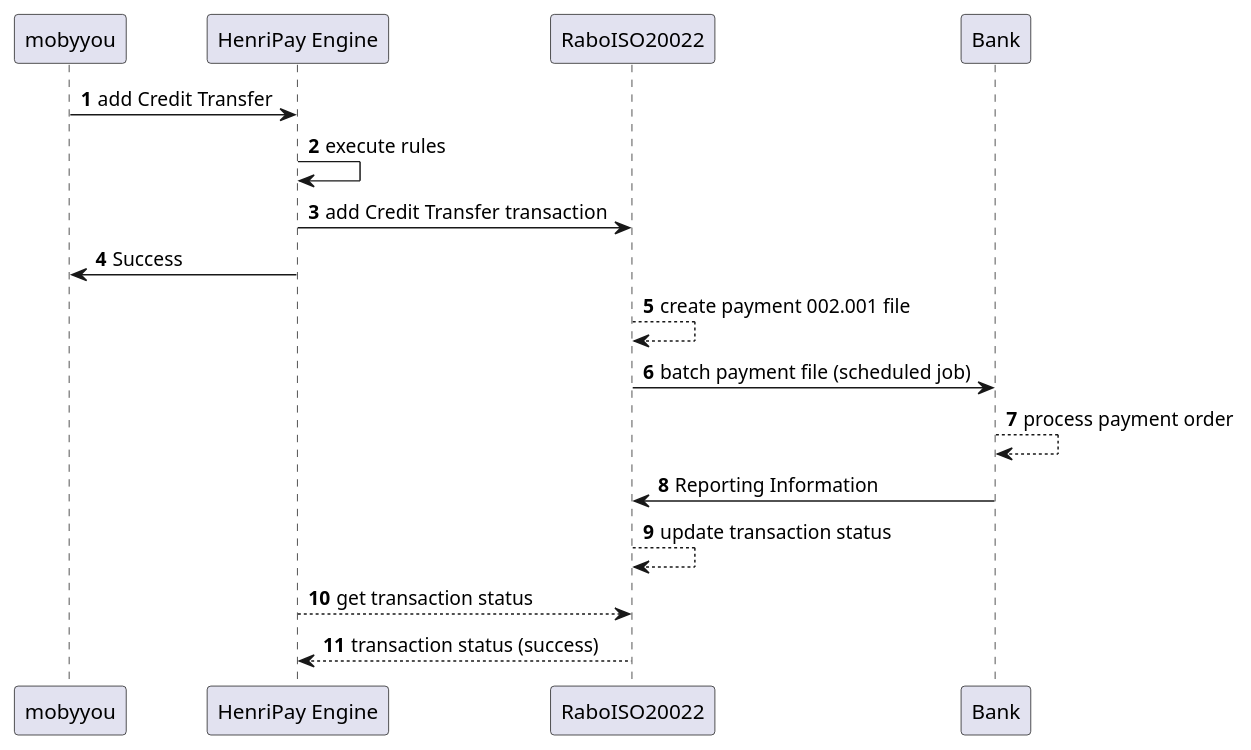
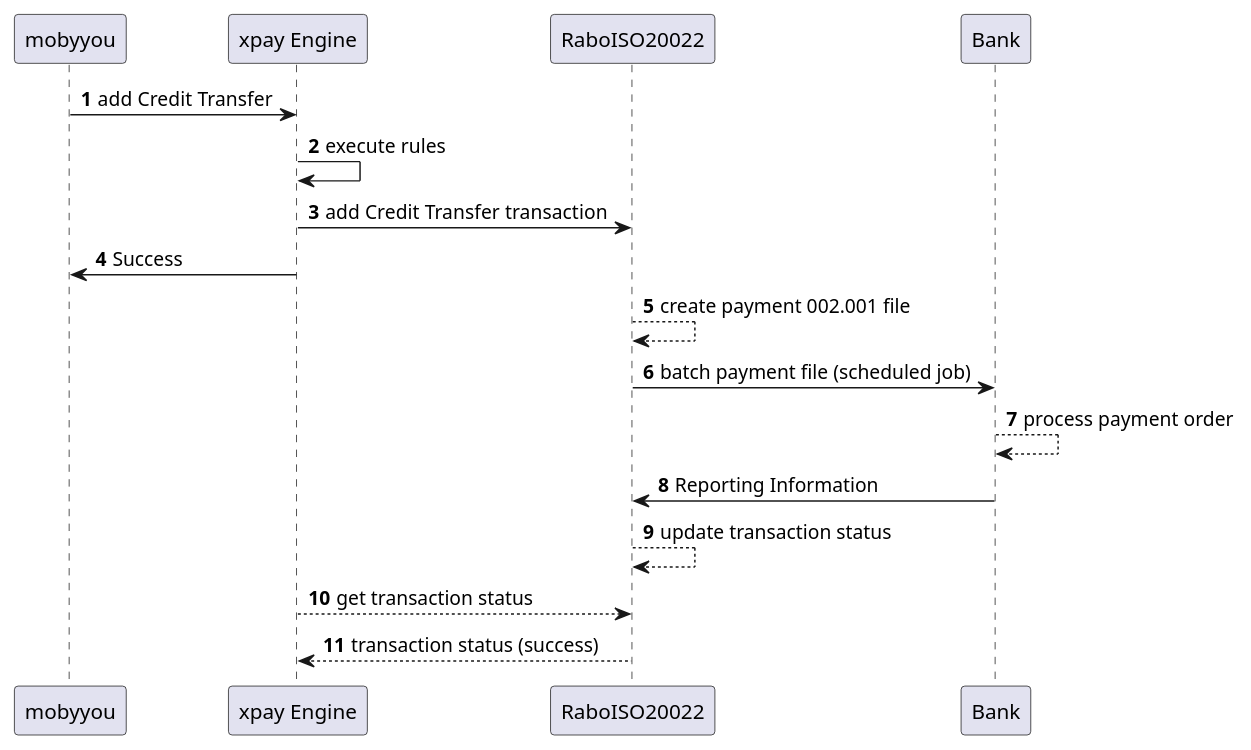
The diagram in sepaddservice/src/main/resources/sequences/Levy-usecase/creditTransferHappyPath_mobyyouInitiated.puml (saidkhalfaoui/xpay), drawn with PlantUML before and after one commit. The commit also changed 554 other files, not shown here.

```diff
--- a/sepaddservice/src/main/resources/sequences/Levy-usecase/creditTransferHappyPath_mobyyouInitiated.puml
+++ b/sepaddservice/src/main/resources/sequences/Levy-usecase/creditTransferHappyPath_mobyyouInitiated.puml
@@ -1,17 +1,17 @@
 @startuml
 'https://plantuml.com/sequence-diagram
 autonumber
 
-mobyyou->"HenriPay Engine": add Credit Transfer
-"HenriPay Engine"->"HenriPay Engine": execute rules
-"HenriPay Engine"-> RaboISO20022 : add Credit Transfer transaction
-"HenriPay Engine"-> mobyyou: Success
+mobyyou->"xpay Engine": add Credit Transfer
+"xpay Engine"->"xpay Engine": execute rules
+"xpay Engine"-> RaboISO20022 : add Credit Transfer transaction
+"xpay Engine"-> mobyyou: Success
 RaboISO20022-->RaboISO20022: create payment 002.001 file
 RaboISO20022-> Bank: batch payment file (scheduled job)
 Bank--> Bank : process payment order
 Bank ->RaboISO20022 : Reporting Information
 RaboISO20022 --> RaboISO20022 : update transaction status
-"HenriPay Engine" --> RaboISO20022 : get transaction status
-RaboISO20022-->"HenriPay Engine" : transaction status (success)
+"xpay Engine" --> RaboISO20022 : get transaction status
+RaboISO20022-->"xpay Engine" : transaction status (success)
 
 @enduml
```
